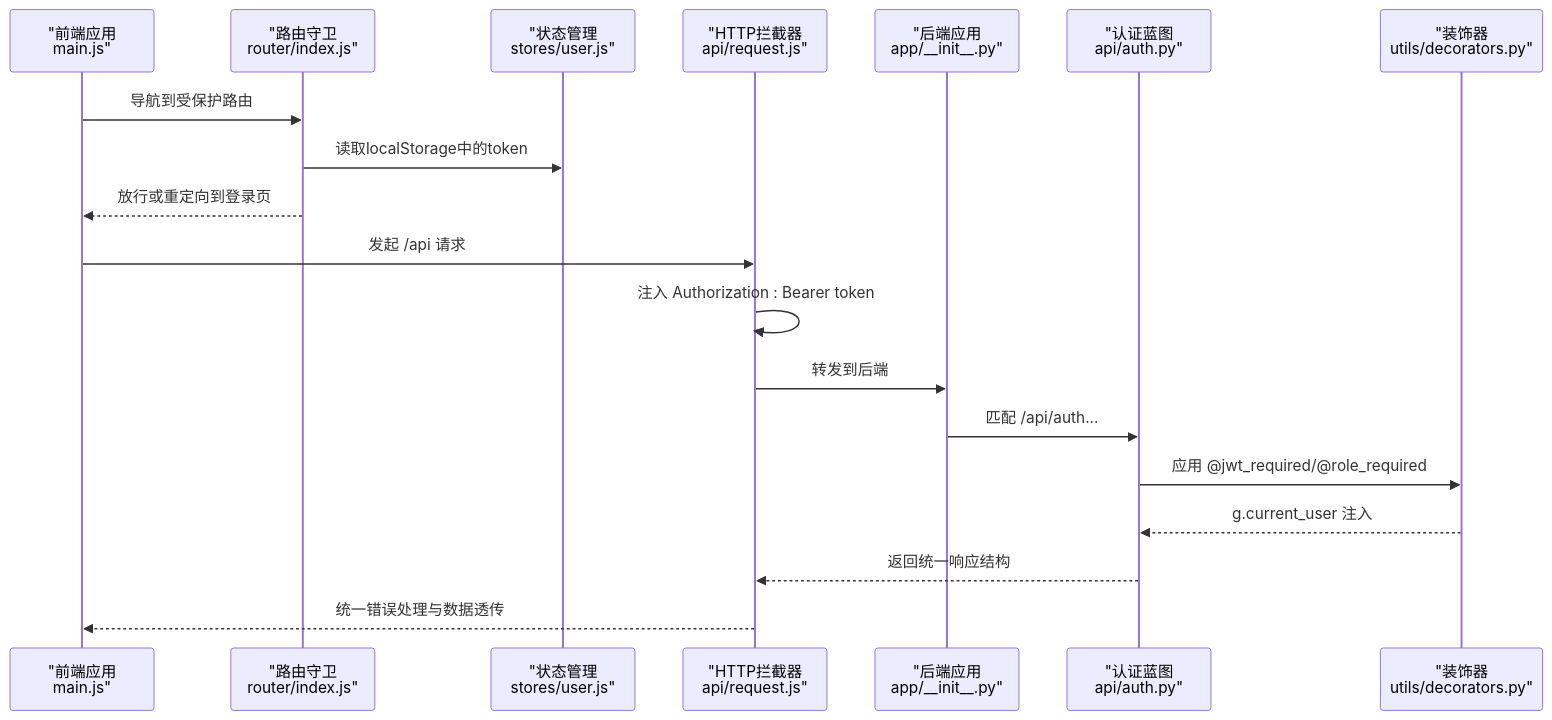
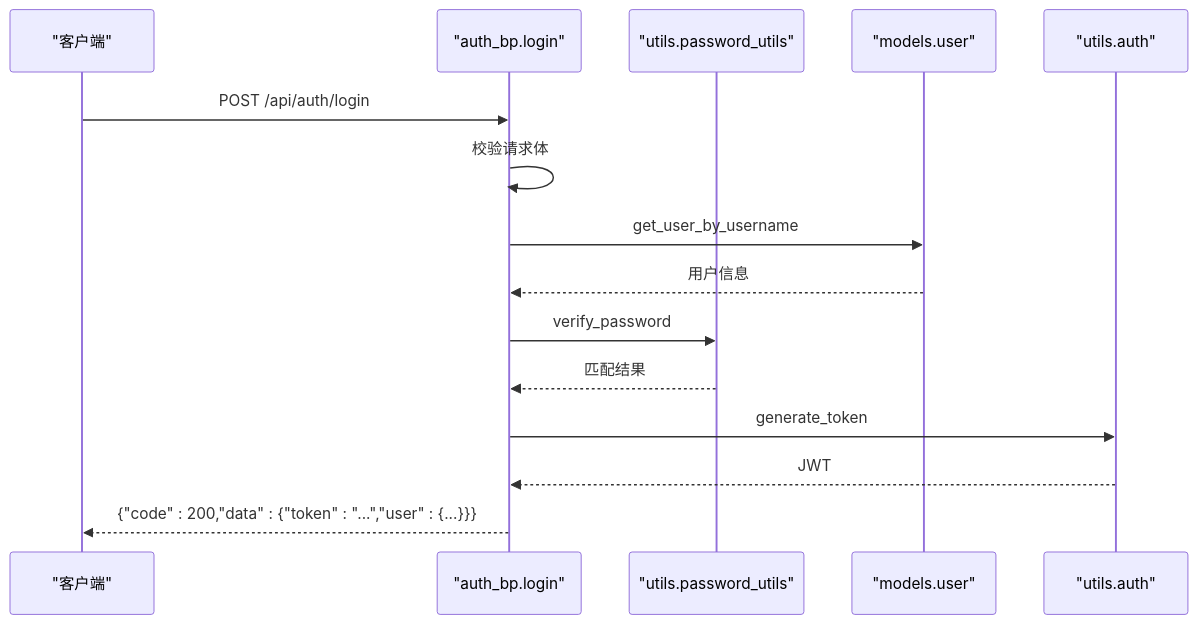
One commit to ismine3/OPS changed the third of 5 diagrams in .qoder/repowiki/zh/content/开发指南/代码规范.md. Above: the diagram before and after it, drawn with Mermaid. The commit also changed other lines of this file and 157 other files, not shown here.

````diff
--- a/.qoder/repowiki/zh/content/开发指南/代码规范.md
+++ b/.qoder/repowiki/zh/content/开发指南/代码规范.md
@@ -111,21 +244,17 @@
 ```mermaid
 sequenceDiagram
-participant FE as "前端应用<br/>main.js"
-participant RT as "路由守卫<br/>router/index.js"
-participant ST as "状态管理<br/>stores/user.js"
-participant AX as "HTTP拦截器<br/>api/request.js"
-participant BE as "后端应用<br/>app/__init__.py"
-participant BP as "认证蓝图<br/>api/auth.py"
-participant DC as "装饰器<br/>utils/decorators.py"
-FE->>RT : 导航到受保护路由
-RT->>ST : 读取localStorage中的token
-RT-->>FE : 放行或重定向到登录页
-FE->>AX : 发起 /api 请求
-AX->>AX : 注入 Authorization : Bearer token
-AX->>BE : 转发到后端
-BE->>BP : 匹配 /api/auth...
-BP->>DC : 应用 @jwt_required/@role_required
-DC-->>BP : g.current_user 注入
-BP-->>AX : 返回统一响应结构
-AX-->>FE : 统一错误处理与数据透传
+participant C as "客户端"
+participant A as "auth_bp.login"
+participant U as "utils.password_utils"
+participant M as "models.user"
+participant T as "utils.auth"
+C->>A : POST /api/auth/login
+A->>A : 校验请求体
+A->>M : get_user_by_username
+M-->>A : 用户信息
+A->>U : verify_password
+U-->>A : 匹配结果
+A->>T : generate_token
+T-->>A : JWT
+A-->>C : {"code" : 200,"data" : {"token" : "...","user" : {...}}}
 ```
````
